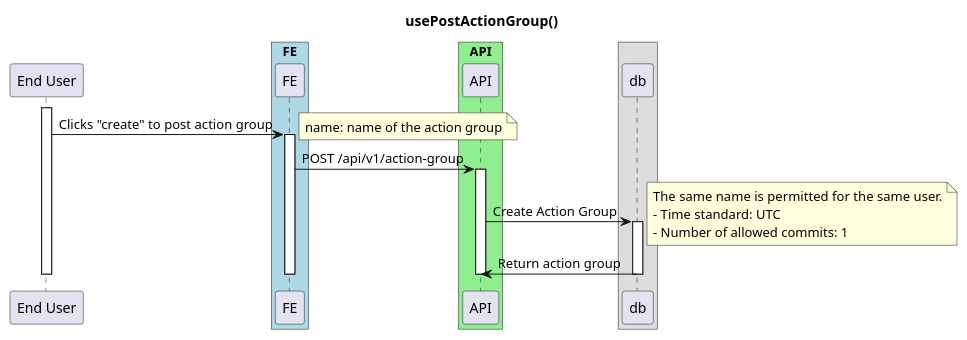
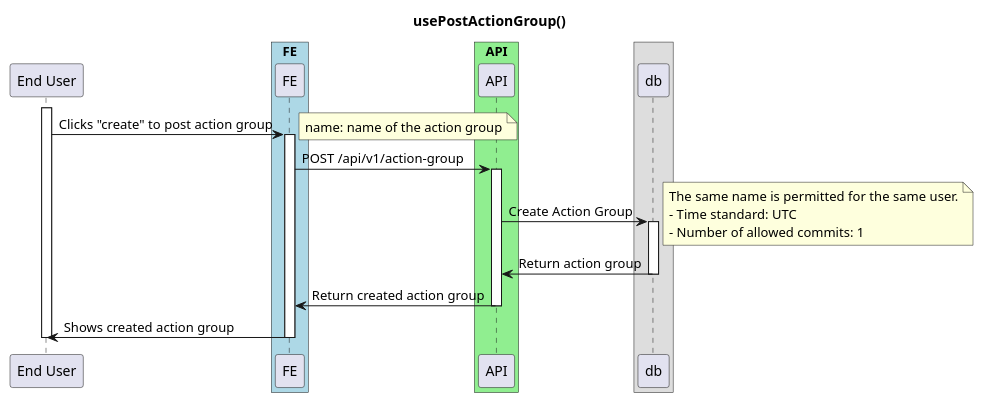
Before and after one commit to ajktown/docs: the diagram in dev_consistency/diagrams/on-post-action-group.md, drawn with PlantUML.

Commit message:
doc: a bit more

````diff
--- a/dev_consistency/diagrams/on-post-action-group.md
+++ b/dev_consistency/diagrams/on-post-action-group.md
@@ -16,36 +16,38 @@
 ```plantuml
 
 @startuml
 
 title usePostActionGroup()
 
 participant "End User" as user
 
 box "FE" #Lightblue
   participant "FE" as fe
 box
 box "API" #Lightgreen
   participant "API" as api
 box
 
 activate user
   user -> fe: Clicks "create" to post action group
   note right
     name: name of the action group
   end note
   activate fe
     fe -> api: POST /api/v1/action-group
     activate api
       api -> db: Create Action Group
       note right
         The same name is permitted for the same user.
         - Time standard: UTC
         - Number of allowed commits: 1
       end note
       activate db
         api <- db: Return action group
       deactivate db
+      fe <- api: Return created action group
     deactivate api
+    user <- fe: Shows created action group
   deactivate fe
 deactivate user
 ```
````
